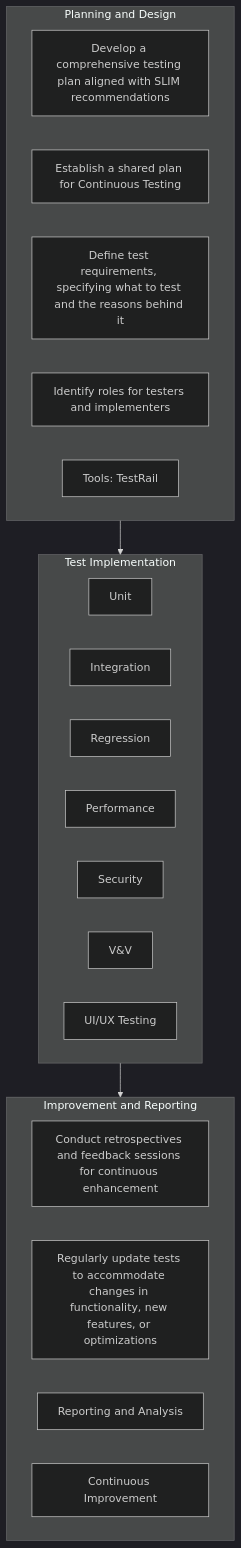
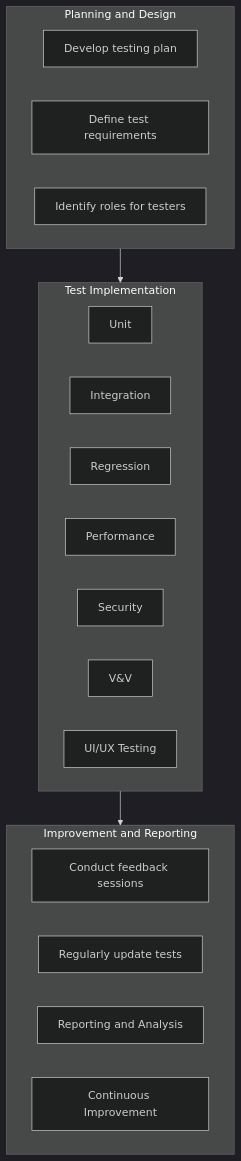
Before and after one commit to NASA-AMMOS/slim: the diagram in docs/guides/software-lifecycle/continuous-testing/README.md, drawn with Mermaid (dark theme). The commit also changed other lines of this file, not shown here.

````diff
--- a/docs/guides/software-lifecycle/continuous-testing/README.md
+++ b/docs/guides/software-lifecycle/continuous-testing/README.md
@@ -47,35 +31,33 @@
 ```mermaid
 graph TD;
     A
     B
     C
     
     A --> B;
     B --> C;
 
     subgraph A[Planning and Design]
-        D[Develop a comprehensive testing plan aligned with SLIM recommendations]
-        E[Establish a shared plan for Continuous Testing]
-        F[Define test requirements, specifying what to test and the reasons behind it]
-        G[Identify roles for testers and implementers]
-        H[Tools: TestRail]
+        D[Develop testing plan]
+        F[Define test requirements]
+        G[Identify roles for testers]
 
     end
    
     subgraph B[Test Implementation]
         I[Unit]
         J[Integration]
         K[Regression]
         L[Performance]
         M[Security]
         N[V&V]
         O[UI/UX Testing]
     end
     
     subgraph C[Improvement and Reporting]
-        P[Conduct retrospectives and feedback sessions for continuous enhancement]
-        Q[Regularly update tests to accommodate changes in functionality, new features, or optimizations]
+        P[Conduct feedback sessions]
+        Q[Regularly update tests]
         R[Reporting and Analysis]
         S[Continuous Improvement]
     end
 ```
````
